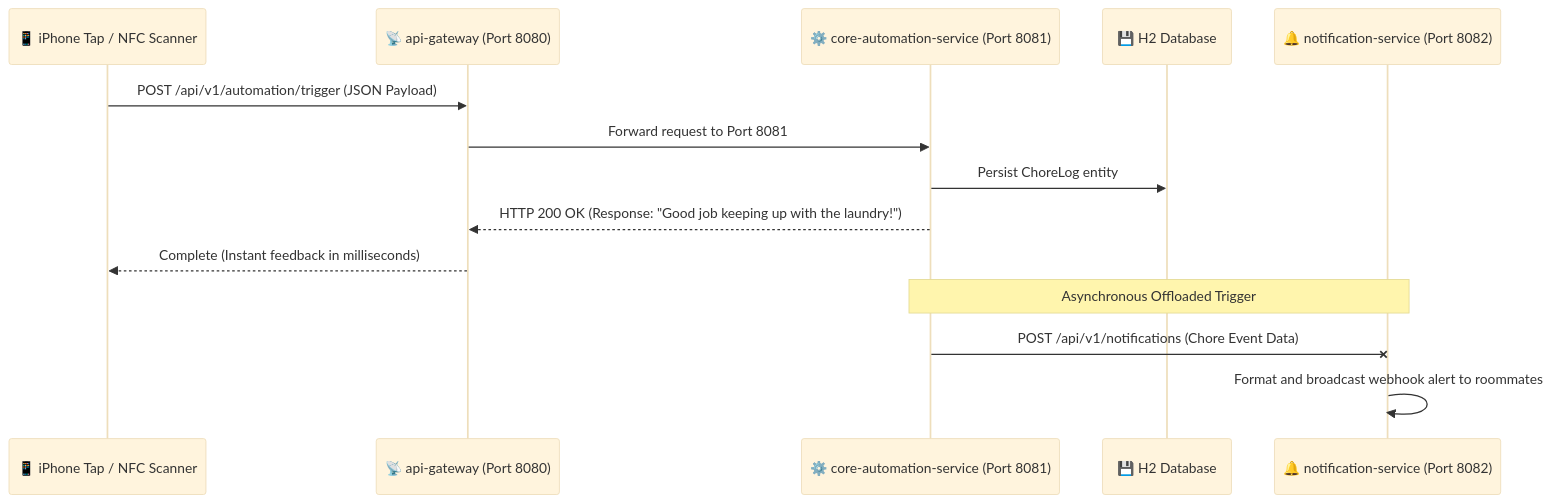
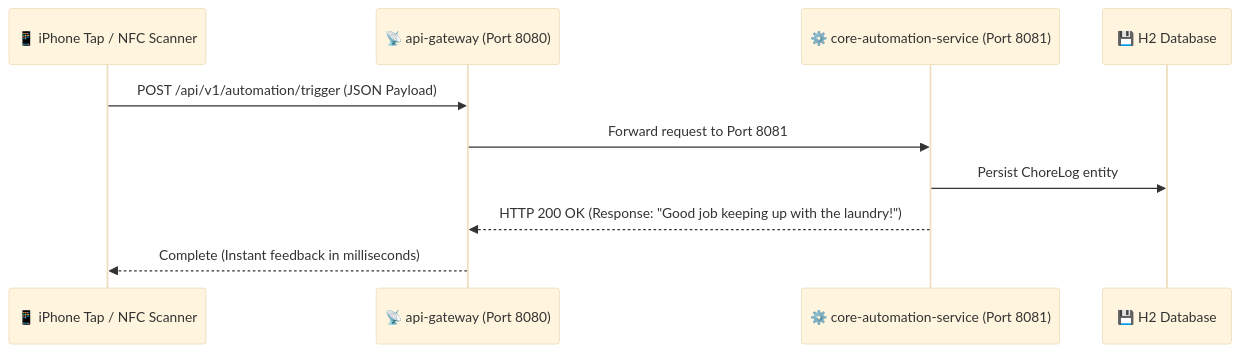
The second of 2 diagrams in README.md (hudezz/rfid-system), drawn with Mermaid (base theme) before and after one commit. The commit also changed other lines of this file and 11 other files, not shown here.

Commit message:
Decommission notification service, rewrite TagRequest POJO to resolve JDK 26 Lombok issue, implement ChoreLog database persistence, add integration tests, and update README

````diff
--- a/README.md
+++ b/README.md
@@ -108,18 +97,13 @@
 ```mermaid
 sequenceDiagram
     participant Tap as 📱 iPhone Tap / NFC Scanner
     participant Gateway as 📡 api-gateway (Port 8080)
     participant Core as ⚙️ core-automation-service (Port 8081)
     participant DB as 💾 H2 Database
-    participant Notif as 🔔 notification-service (Port 8082)
 
     Tap->>Gateway: POST /api/v1/automation/trigger (JSON Payload)
     Gateway->>Core: Forward request to Port 8081
     Core->>DB: Persist ChoreLog entity
     Core-->>Gateway: HTTP 200 OK (Response: "Good job keeping up with the laundry!")
     Gateway-->>Tap: Complete (Instant feedback in milliseconds)
-    
-    Note over Core, Notif: Asynchronous Offloaded Trigger
-    Core-xNotif: POST /api/v1/notifications (Chore Event Data)
-    Notif->>Notif: Format and broadcast webhook alert to roommates
 ```
````
